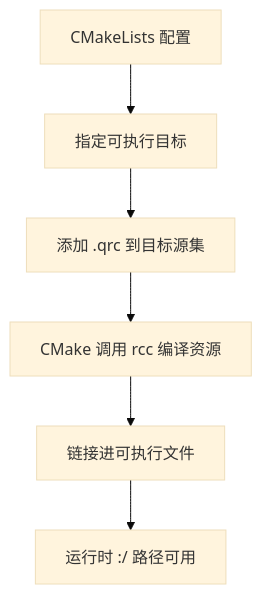
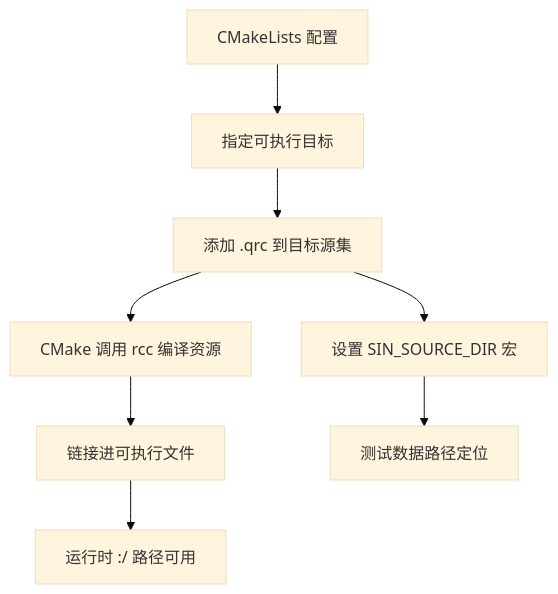
Before and after one commit to jakecai1225-design/OpenBus: the eighth of 11 diagrams in .qoder/repowiki/zh/content/资源管理.md, drawn with Mermaid (base theme). The commit also changed other lines of this file and 151 other files, not shown here.

````diff
--- a/.qoder/repowiki/zh/content/资源管理.md
+++ b/.qoder/repowiki/zh/content/资源管理.md
@@ -248,8 +287,10 @@
 ```mermaid
 flowchart TD
 A["CMakeLists 配置"] --> B["指定可执行目标"]
 B --> C["添加 .qrc 到目标源集"]
 C --> D["CMake 调用 rcc 编译资源"]
 D --> E["链接进可执行文件"]
 E --> F["运行时 :/ 路径可用"]
+C --> G["设置 SIN_SOURCE_DIR 宏"]
+G --> H["测试数据路径定位"]
 ```
````
